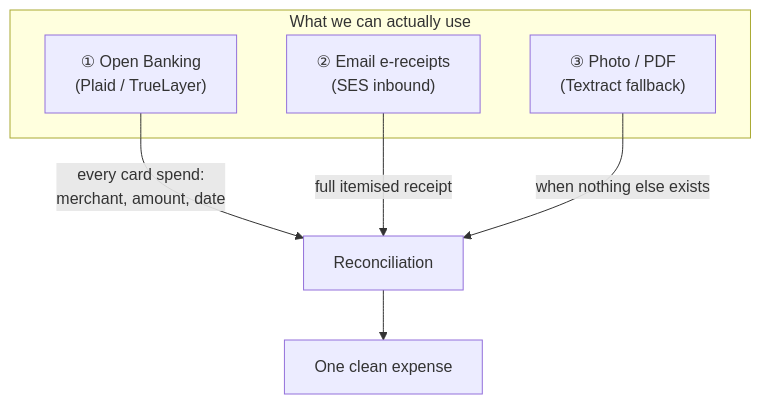
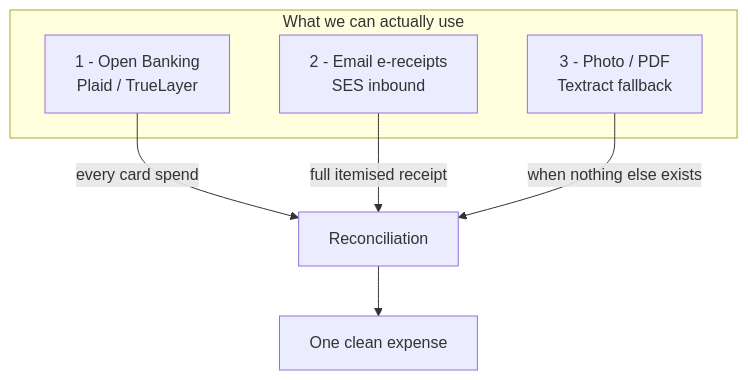
Before and after one commit to Nikorshun/autoexpense: the second of 4 diagrams in docs/DATA-SOURCES.md, drawn with Mermaid. The commit also changed other lines of this file and 3 other files, not shown here.

First line of the commit message:
Make all docs Mermaid diagrams GitHub-safe

````diff
--- a/docs/DATA-SOURCES.md
+++ b/docs/DATA-SOURCES.md
@@ -44,12 +44,12 @@
 ```mermaid
 flowchart TB
     subgraph Sources["What we can actually use"]
-        OB["① Open Banking<br/>(Plaid / TrueLayer)"]
-        EM["② Email e-receipts<br/>(SES inbound)"]
-        IMG["③ Photo / PDF<br/>(Textract fallback)"]
+        OB["1 - Open Banking<br/>Plaid / TrueLayer"]
+        EM["2 - Email e-receipts<br/>SES inbound"]
+        IMG["3 - Photo / PDF<br/>Textract fallback"]
     end
-    OB -->|every card spend:<br/>merchant, amount, date| RC["Reconciliation"]
+    OB -->|every card spend| RC["Reconciliation"]
     EM -->|full itemised receipt| RC
     IMG -->|when nothing else exists| RC
     RC --> EXP["One clean expense"]
 ```
````
